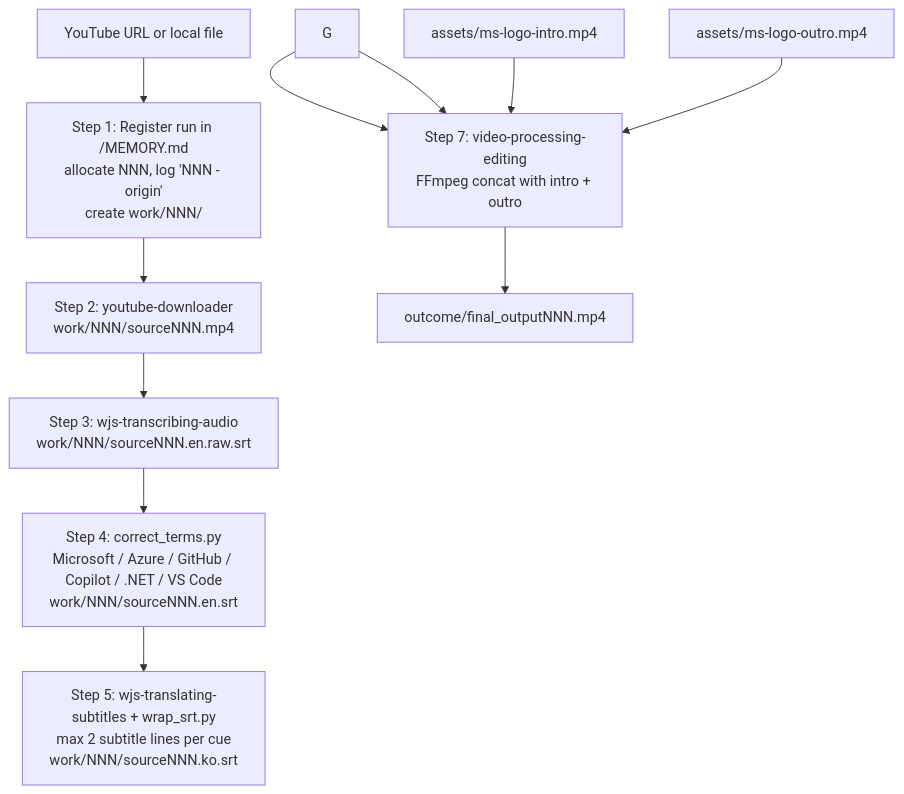
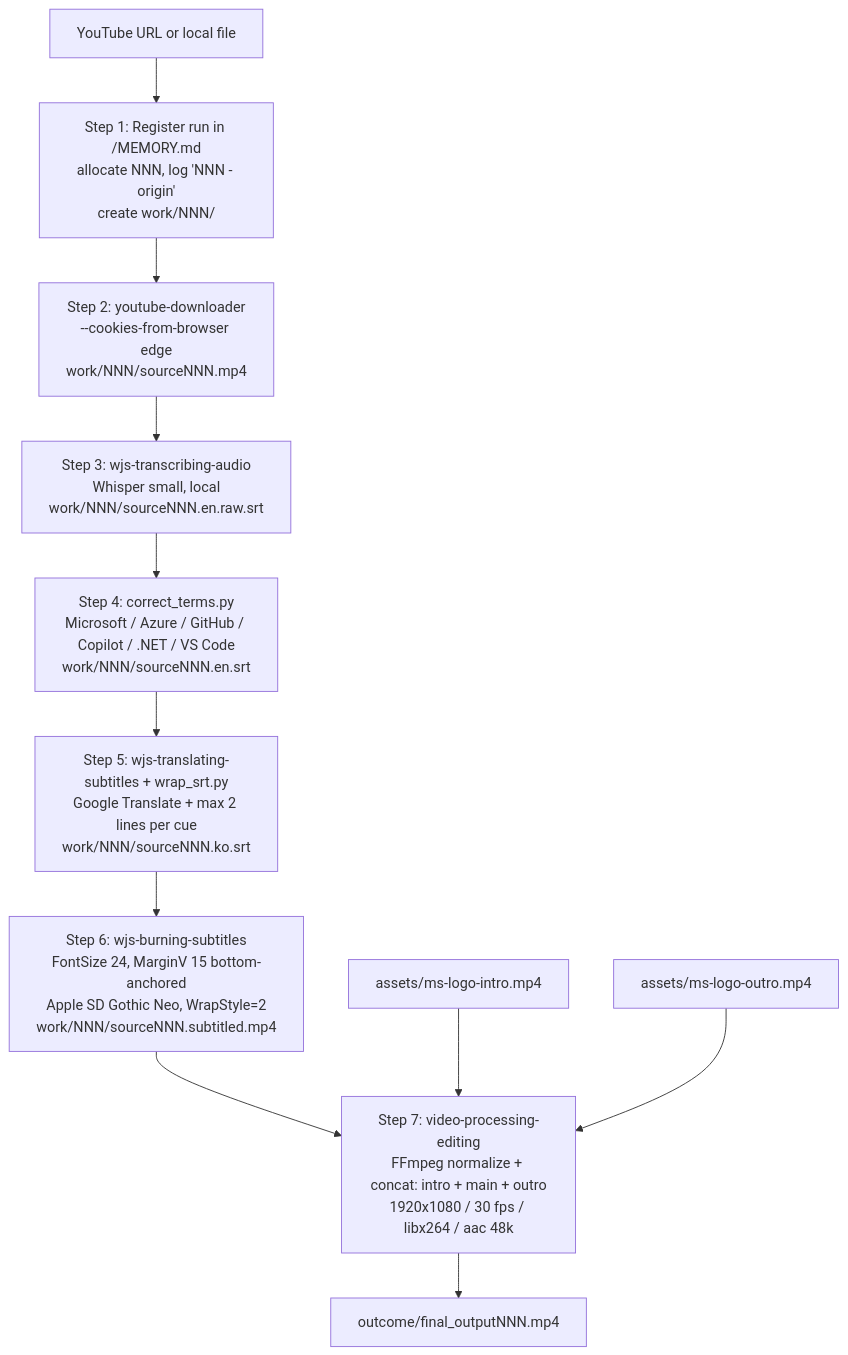
One commit to bedro96/youtube-video-clip-editing changed the diagram in README.md. Above: the diagram before and after it, drawn with Mermaid. The commit also changed other lines of this file, not shown here.

Commit message:
Fix README: prominent Edge sign-in callout + repair broken mermaid flow
The mermaid flowchart introduced in the previous commit was mangled:
- Step 5 (F) had no outgoing edge
- Two orphan lines 'G --> H' pointed at an undefined node G
- The label H was reused for both Step 6 and Step 7, so Step 6 was
  invisible and the graph appeared to jump straight from Step 5 to
  Step 7 via a mystery 'G'

Rewired the chain to match the code exactly:
  A -> B(1) -> C(2) -> D(3) -> E(4) -> F(5) -> G(6) -> H(7) -> K
  I(intro) & J(outro) also feed into H(7)

Also added a prominent warning callout at the top of the README so
users see 'sign into YouTube in Microsoft Edge' before they scroll
into the prereqs section. Copilot CLI + yt-dlp reuse the Edge cookie
cache automatically; without a signed-in Edge, downloads either 403
or fall back to 360p muxed.

````diff
--- a/README.md
+++ b/README.md
@@ -40,13 +47,13 @@
 ```mermaid
 flowchart TD
     A[YouTube URL or local file] --> B[Step 1: Register run in /MEMORY.md<br/>allocate NNN, log 'NNN - origin'<br/>create work/NNN/]
-    B --> C[Step 2: youtube-downloader<br/>work/NNN/sourceNNN.mp4]
-    C --> D[Step 3: wjs-transcribing-audio<br/>work/NNN/sourceNNN.en.raw.srt]
+    B --> C[Step 2: youtube-downloader<br/>--cookies-from-browser edge<br/>work/NNN/sourceNNN.mp4]
+    C --> D[Step 3: wjs-transcribing-audio<br/>Whisper small, local<br/>work/NNN/sourceNNN.en.raw.srt]
     D --> E[Step 4: correct_terms.py<br/>Microsoft / Azure / GitHub / Copilot / .NET / VS Code<br/>work/NNN/sourceNNN.en.srt]
-    E --> F[Step 5: wjs-translating-subtitles + wrap_srt.py<br/>max 2 subtitle lines per cue<br/>work/NNN/sourceNNN.ko.srt]
-    G --> H[Step 6: wjs-burning-subtitles<br/>FontSize 24, MarginV 15 bottom-anchored<br/>Apple SD Gothic Neo, WrapStyle=2<br/>work/NNN/sourceNNN.subtitled.mp4]
-    G --> H[Step 7: video-processing-editing<br/>FFmpeg concat with intro + outro]
+    E --> F[Step 5: wjs-translating-subtitles + wrap_srt.py<br/>Google Translate + max 2 lines per cue<br/>work/NNN/sourceNNN.ko.srt]
+    F --> G[Step 6: wjs-burning-subtitles<br/>FontSize 24, MarginV 15 bottom-anchored<br/>Apple SD Gothic Neo, WrapStyle=2<br/>work/NNN/sourceNNN.subtitled.mp4]
+    G --> H[Step 7: video-processing-editing<br/>FFmpeg normalize + concat: intro + main + outro<br/>1920x1080 / 30 fps / libx264 / aac 48k]
     I[assets/ms-logo-intro.mp4] --> H
     J[assets/ms-logo-outro.mp4] --> H
     H --> K[outcome/final_outputNNN.mp4]
 ```
````
